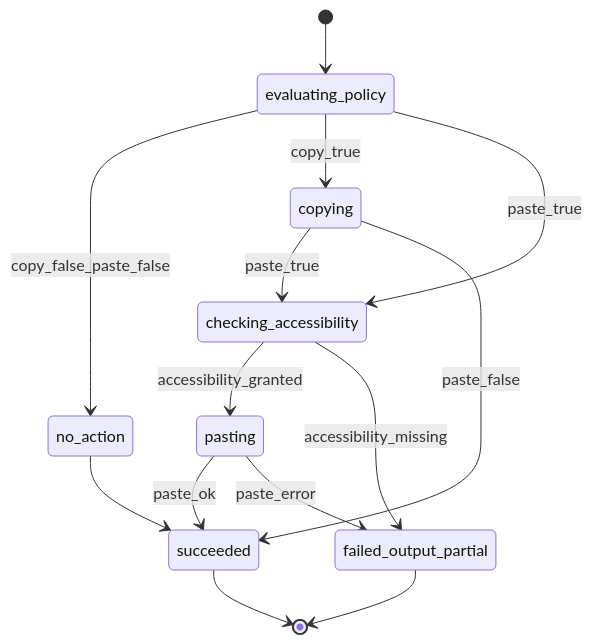
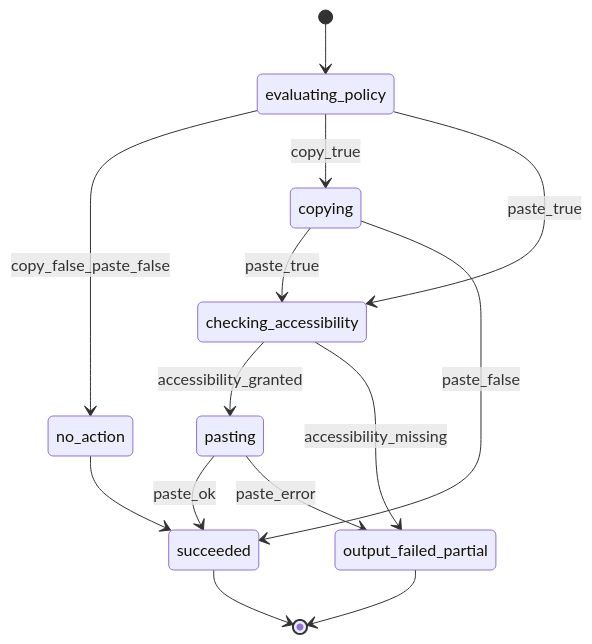
One commit to massun-onibakuchi/speech-to-text-app changed the fifth of 5 diagrams in specs/ARCTECTURE.md. Above: the diagram before and after it, drawn with Mermaid. The commit also changed other lines of this file, not shown here.

````diff
--- a/specs/ARCTECTURE.md
+++ b/specs/ARCTECTURE.md
@@ -273,16 +281,16 @@
 ```mermaid
 stateDiagram-v2
     [*] --> evaluating_policy
     evaluating_policy --> no_action: copy_false_paste_false
     evaluating_policy --> copying: copy_true
     evaluating_policy --> checking_accessibility: paste_true
     copying --> checking_accessibility: paste_true
     copying --> succeeded: paste_false
     checking_accessibility --> pasting: accessibility_granted
-    checking_accessibility --> failed_output_partial: accessibility_missing
+    checking_accessibility --> output_failed_partial: accessibility_missing
     pasting --> succeeded: paste_ok
-    pasting --> failed_output_partial: paste_error
+    pasting --> output_failed_partial: paste_error
     no_action --> succeeded
     succeeded --> [*]
-    failed_output_partial --> [*]
+    output_failed_partial --> [*]
 ```
````
